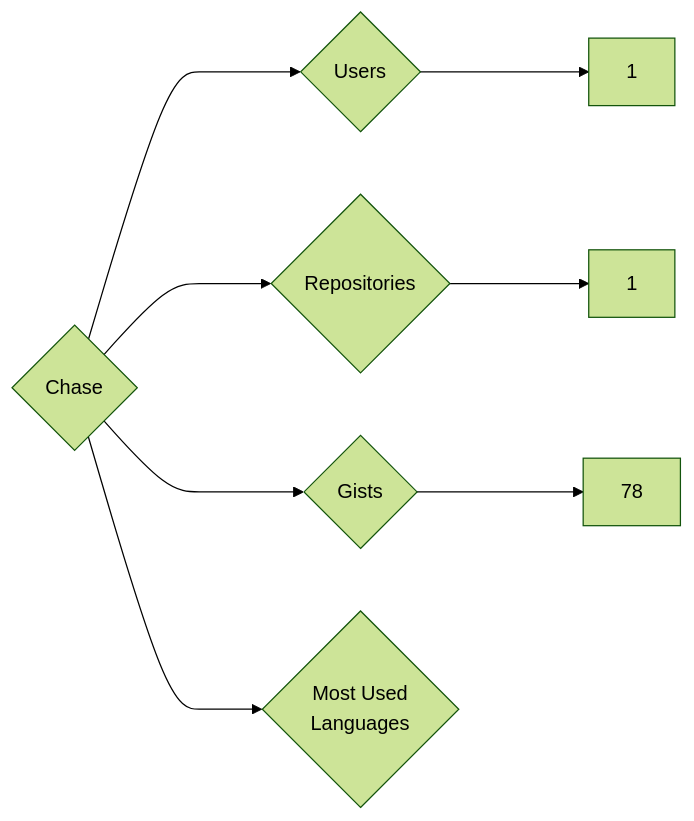
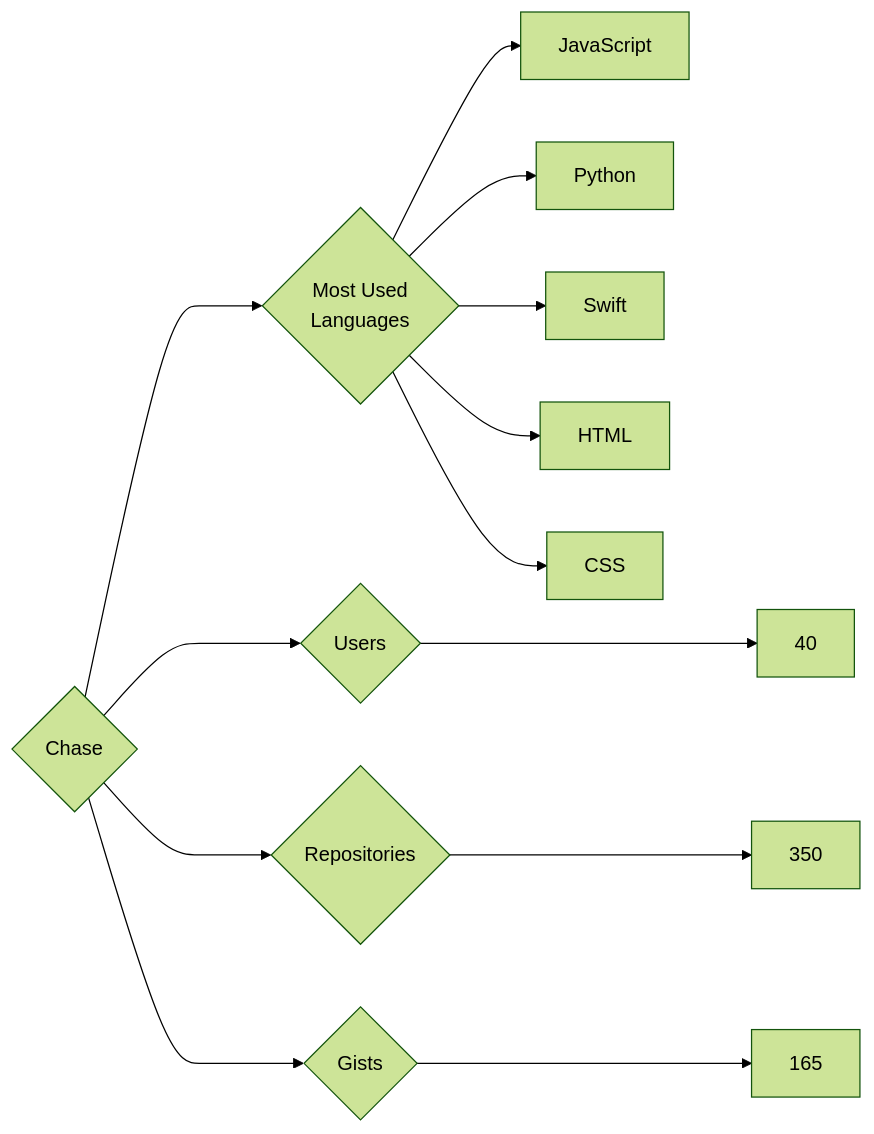
Before and after one commit to trickest/insiders: the diagram in targets/Chase/README.md, drawn with Mermaid (forest theme). The commit also changed 775 other files, not shown here.

````diff
--- a/targets/Chase/README.md
+++ b/targets/Chase/README.md
@@ -3,8 +3,13 @@
 ```mermaid
 graph LR
 COMPANY_NAME{Chase}
-COMPANY_NAME ---> U{Users} ---> UN[1]
-COMPANY_NAME ---> R{Repositories} ---> RN[1]
-COMPANY_NAME ---> G{Gists} ---> GN[78]
+COMPANY_NAME ---> U{Users} ---> UN[40]
+COMPANY_NAME ---> R{Repositories} ---> RN[350]
+COMPANY_NAME ---> G{Gists} ---> GN[165]
 COMPANY_NAME ---> ML{Most Used<br>Languages}
+ML --> JavaScript[JavaScript]
+ML --> Python[Python]
+ML --> Swift[Swift]
+ML --> HTML[HTML]
+ML --> CSS[CSS]
 ```
````
